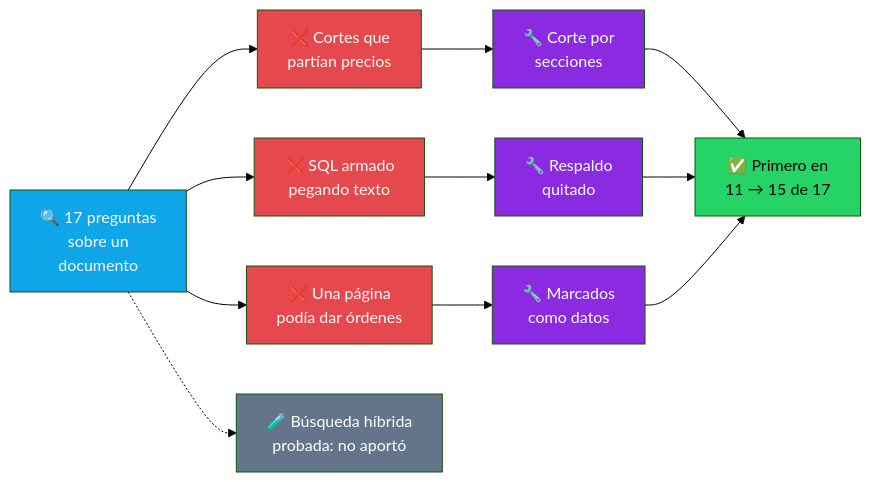
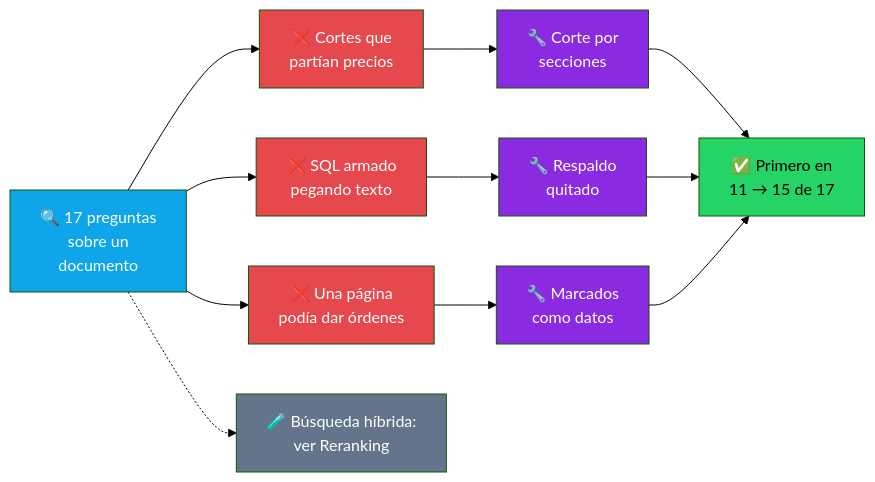
Before and after one commit to grancobud/arm-whatsapp: diagram 12 of 17 in README.md, drawn with Mermaid (forest theme). The commit also changed other lines of this file, not shown here.

Commit message:
docs: diagramas de auditoría de RAG y Agentes (Tomas Skarp)

````diff
--- a/README.md
+++ b/README.md
@@ -326,16 +326,16 @@
 ```mermaid
 flowchart LR
     P[🔍 17 preguntas<br/>sobre un<br/>documento]:::p --> F1[❌ Cortes que<br/>partían precios]:::f
     P --> F2[❌ SQL armado<br/>pegando texto]:::f
     P --> F3[❌ Una página<br/>podía dar órdenes]:::f
     F1 --> M1[🔧 Corte por<br/>secciones]:::m
     F2 --> M2[🔧 Respaldo<br/>quitado]:::m
     F3 --> M3[🔧 Marcados<br/>como datos]:::m
     M1 & M2 & M3 --> R[✅ Primero en<br/>11 → 15 de 17]:::r
-    P -.-> X[🧪 Búsqueda híbrida<br/>probada: no aportó]:::x
+    P -.-> X[🧪 Búsqueda híbrida:<br/>ver Reranking]:::x
     classDef p fill:#0EA5E9,color:#fff
     classDef f fill:#E5484D,color:#fff
     classDef m fill:#8A2BE2,color:#fff
     classDef r fill:#25D366,color:#000
     classDef x fill:#64748B,color:#fff
 ```
````
